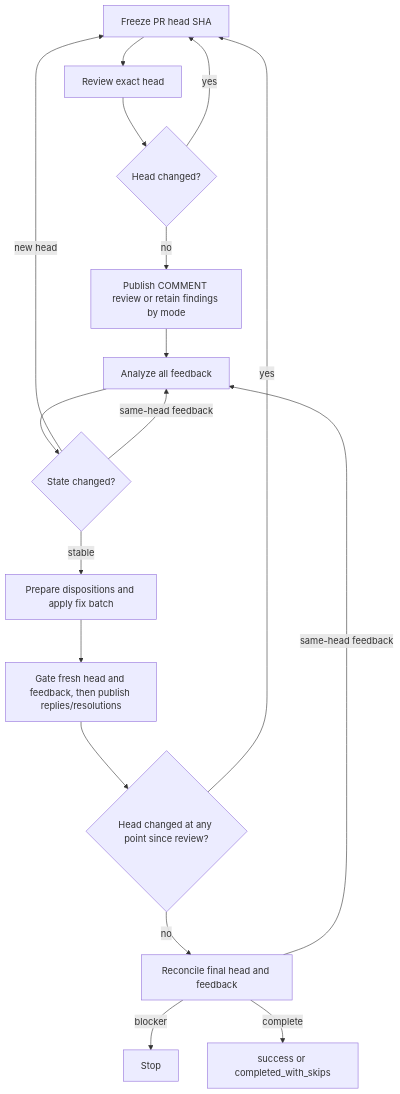
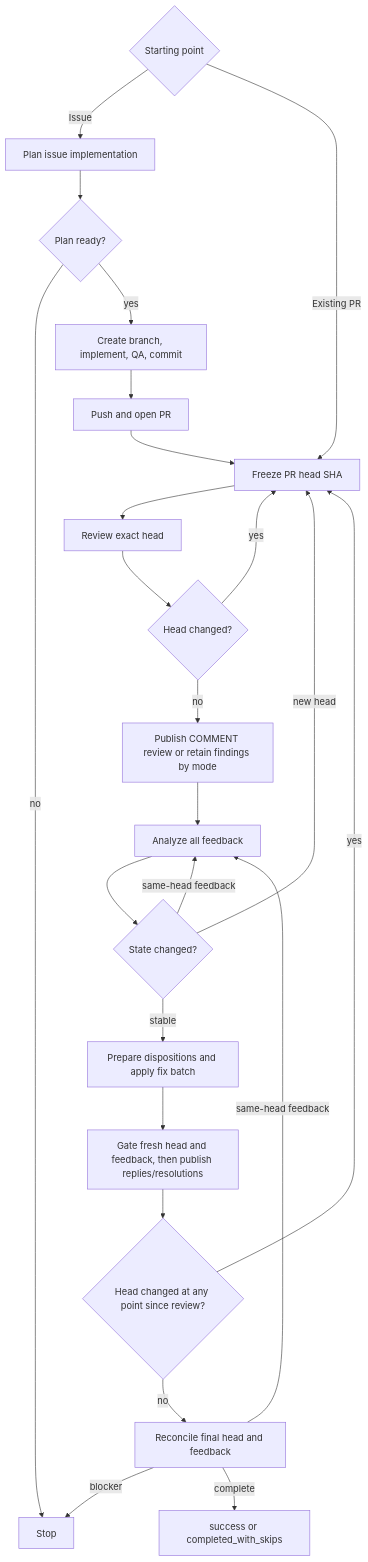
Before and after one commit to dceoy/ai-coding-agent-skills: the diagram in skills/pr-loop/SKILL.md, drawn with Mermaid.

Commit message:
docs: show issue-to-PR path in pr-loop diagram

````diff
--- a/skills/pr-loop/SKILL.md
+++ b/skills/pr-loop/SKILL.md
@@ -163,19 +163,26 @@
 ```mermaid
 flowchart TD
-  A[Freeze PR head SHA] --> B[Review exact head]
+  S{Starting point} -->|Issue| P[Plan issue implementation]
+  S -->|Existing PR| A
+  P --> Q{Plan ready?}
+  Q -->|no| K[Stop]
+  Q -->|yes| M[Create branch, implement, QA, commit]
+  M --> N[Push and open PR]
+  N --> A[Freeze PR head SHA]
+  A --> B[Review exact head]
   B --> C{Head changed?}
   C -->|yes| A
   C -->|no| D[Publish COMMENT review or retain findings by mode]
   D --> E[Analyze all feedback]
   E --> F{State changed?}
   F -->|new head| A
   F -->|same-head feedback| E
   F -->|stable| G[Prepare dispositions and apply fix batch]
   G --> H[Gate fresh head and feedback, then publish replies/resolutions]
   H --> I{Head changed at any point since review?}
   I -->|yes| A
   I -->|no| J[Reconcile final head and feedback]
   J -->|same-head feedback| E
   J -->|blocker| K[Stop]
   J -->|complete| L[success or completed_with_skips]
 ```
````
